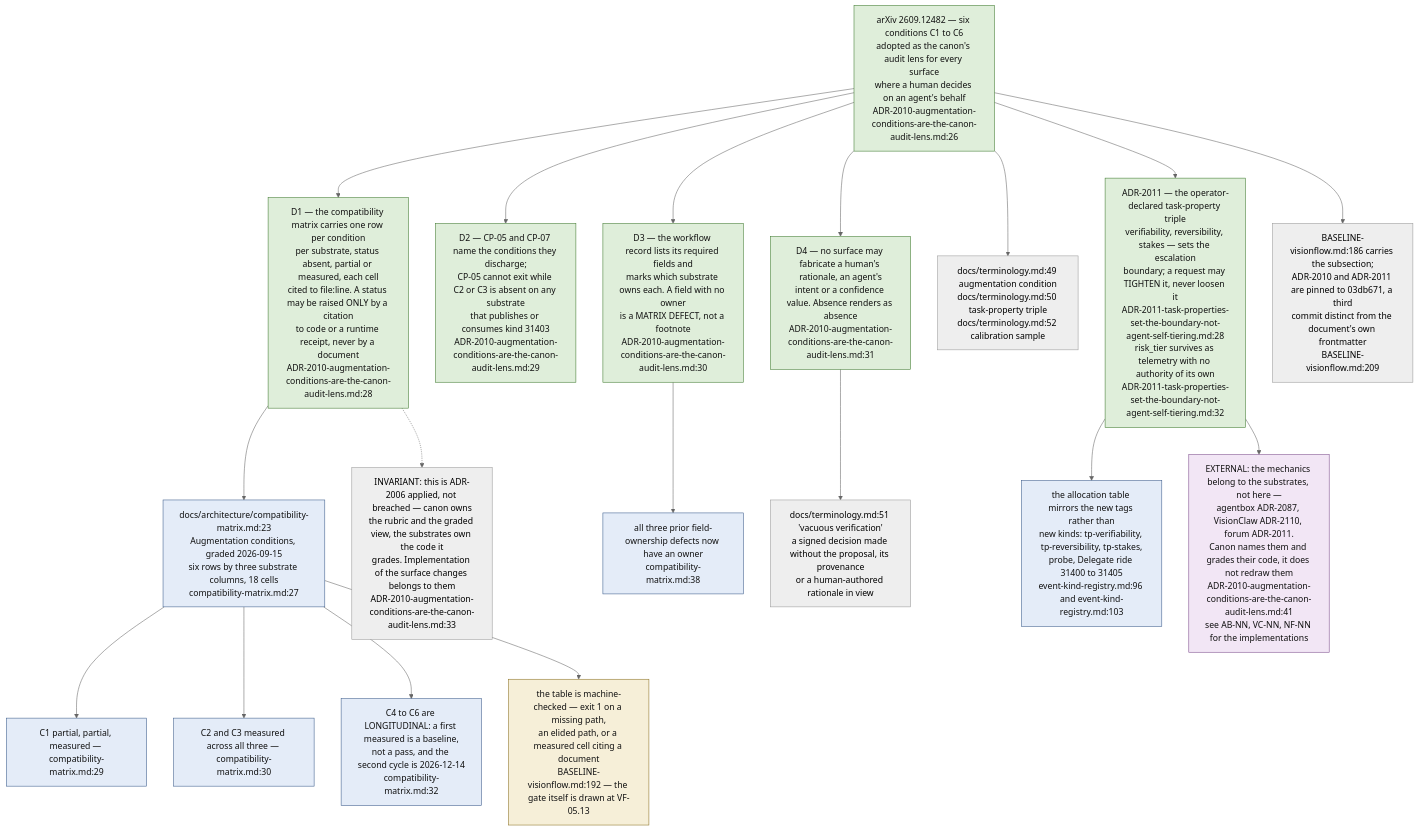
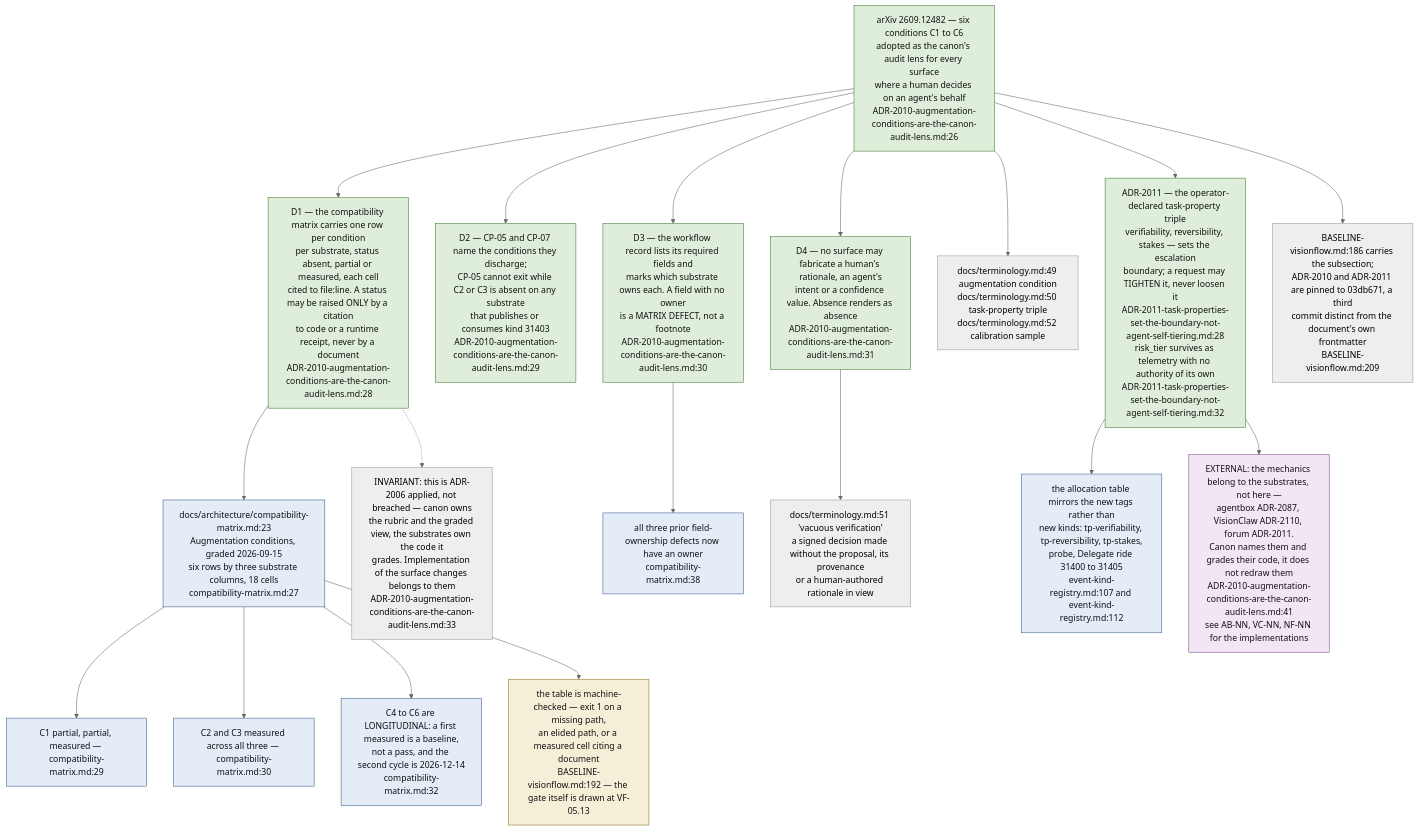
Before and after one commit to DreamLab-AI/VisionFlow: the ninth of 11 diagrams in docs/diagrams/visionflow/01-repo-composition-and-canon.md, drawn with Mermaid (neutral theme). The commit also changed other lines of this file and 21 other files, not shown here.

Commit message:
docs(diagrams): refresh first verified estate batch

````diff
--- a/docs/diagrams/visionflow/01-repo-composition-and-canon.md
+++ b/docs/diagrams/visionflow/01-repo-composition-and-canon.md
@@ -338,38 +339,38 @@
 ```mermaid
 flowchart TB
     classDef rec fill:#dfeeda,stroke:#3f7a2f,color:#111
     classDef tbl fill:#e4ecf8,stroke:#3a5a8a,color:#111
     classDef gate fill:#f6efd8,stroke:#8a7020,color:#111
     classDef ext fill:#f2e6f5,stroke:#7a4a8a,color:#111
 
     SRC["arXiv 2609.12482 — six conditions C1 to C6<br/>adopted as the canon's audit lens for every surface<br/>where a human decides on an agent's behalf<br/>ADR-2010-augmentation-conditions-are-the-canon-audit-lens.md:26"]:::rec
 
     SRC --> D1["D1 — the compatibility matrix carries one row per condition<br/>per substrate, status absent, partial or measured, each cell<br/>cited to file:line. A status may be raised ONLY by a citation<br/>to code or a runtime receipt, never by a document<br/>ADR-2010-augmentation-conditions-are-the-canon-audit-lens.md:28"]:::rec
     SRC --> D2["D2 — CP-05 and CP-07 name the conditions they discharge;<br/>CP-05 cannot exit while C2 or C3 is absent on any substrate<br/>that publishes or consumes kind 31403<br/>ADR-2010-augmentation-conditions-are-the-canon-audit-lens.md:29"]:::rec
     SRC --> D3["D3 — the workflow record lists its required fields and<br/>marks which substrate owns each. A field with no owner<br/>is a MATRIX DEFECT, not a footnote<br/>ADR-2010-augmentation-conditions-are-the-canon-audit-lens.md:30"]:::rec
     SRC --> D4["D4 — no surface may fabricate a human's rationale, an agent's<br/>intent or a confidence value. Absence renders as absence<br/>ADR-2010-augmentation-conditions-are-the-canon-audit-lens.md:31"]:::rec
 
     D1 --> TBL["docs/architecture/compatibility-matrix.md:23<br/>Augmentation conditions, graded 2026-09-15<br/>six rows by three substrate columns, 18 cells<br/>compatibility-matrix.md:27"]:::tbl
     TBL --> R1["C1 partial, partial, measured — compatibility-matrix.md:29"]:::tbl
     TBL --> R2["C2 and C3 measured across all three — compatibility-matrix.md:30"]:::tbl
     TBL --> R3["C4 to C6 are LONGITUDINAL: a first measured is a baseline,<br/>not a pass, and the second cycle is 2026-12-14<br/>compatibility-matrix.md:32"]:::tbl
     D3 --> OWN["all three prior field-ownership defects now have an owner<br/>compatibility-matrix.md:38"]:::tbl
 
     TBL --> GATE["the table is machine-checked — exit 1 on a missing path,<br/>an elided path, or a measured cell citing a document<br/>BASELINE-visionflow.md:192 — the gate itself is drawn at VF-05.13"]:::gate
 
     D4 --> VOCAB["docs/terminology.md:51 'vacuous verification'<br/>a signed decision made without the proposal, its provenance<br/>or a human-authored rationale in view"]
     SRC --> VOCAB2["docs/terminology.md:49 augmentation condition<br/>docs/terminology.md:50 task-property triple<br/>docs/terminology.md:52 calibration sample"]
 
     TIER["ADR-2011 — the operator-declared task-property triple<br/>verifiability, reversibility, stakes — sets the escalation<br/>boundary; a request may TIGHTEN it, never loosen it<br/>ADR-2011-task-properties-set-the-boundary-not-agent-self-tiering.md:28<br/>risk_tier survives as telemetry with no authority of its own<br/>ADR-2011-task-properties-set-the-boundary-not-agent-self-tiering.md:32"]:::rec
     SRC --> TIER
-    TIER --> KINDS["the allocation table mirrors the new tags rather than<br/>new kinds: tp-verifiability, tp-reversibility, tp-stakes,<br/>probe, Delegate ride 31400 to 31405<br/>event-kind-registry.md:96 and event-kind-registry.md:103"]:::tbl
+    TIER --> KINDS["the allocation table mirrors the new tags rather than<br/>new kinds: tp-verifiability, tp-reversibility, tp-stakes,<br/>probe, Delegate ride 31400 to 31405<br/>event-kind-registry.md:107 and event-kind-registry.md:112"]:::tbl
 
     BASE["BASELINE-visionflow.md:186 carries the subsection;<br/>ADR-2010 and ADR-2011 are pinned to 03db671, a third<br/>commit distinct from the document's own frontmatter<br/>BASELINE-visionflow.md:209"]
     SRC --> BASE
 
     SIB["EXTERNAL: the mechanics belong to the substrates, not here —<br/>agentbox ADR-2087, VisionClaw ADR-2110, forum ADR-2011.<br/>Canon names them and grades their code, it does not redraw them<br/>ADR-2010-augmentation-conditions-are-the-canon-audit-lens.md:41<br/>see AB-NN, VC-NN, NF-NN for the implementations"]:::ext
     TIER --> SIB
 
     SCOPE["INVARIANT: this is ADR-2006 applied, not breached — canon owns<br/>the rubric and the graded view, the substrates own the code it<br/>grades. Implementation of the surface changes belongs to them<br/>ADR-2010-augmentation-conditions-are-the-canon-audit-lens.md:33"]
     D1 -.-> SCOPE
 ```
````
